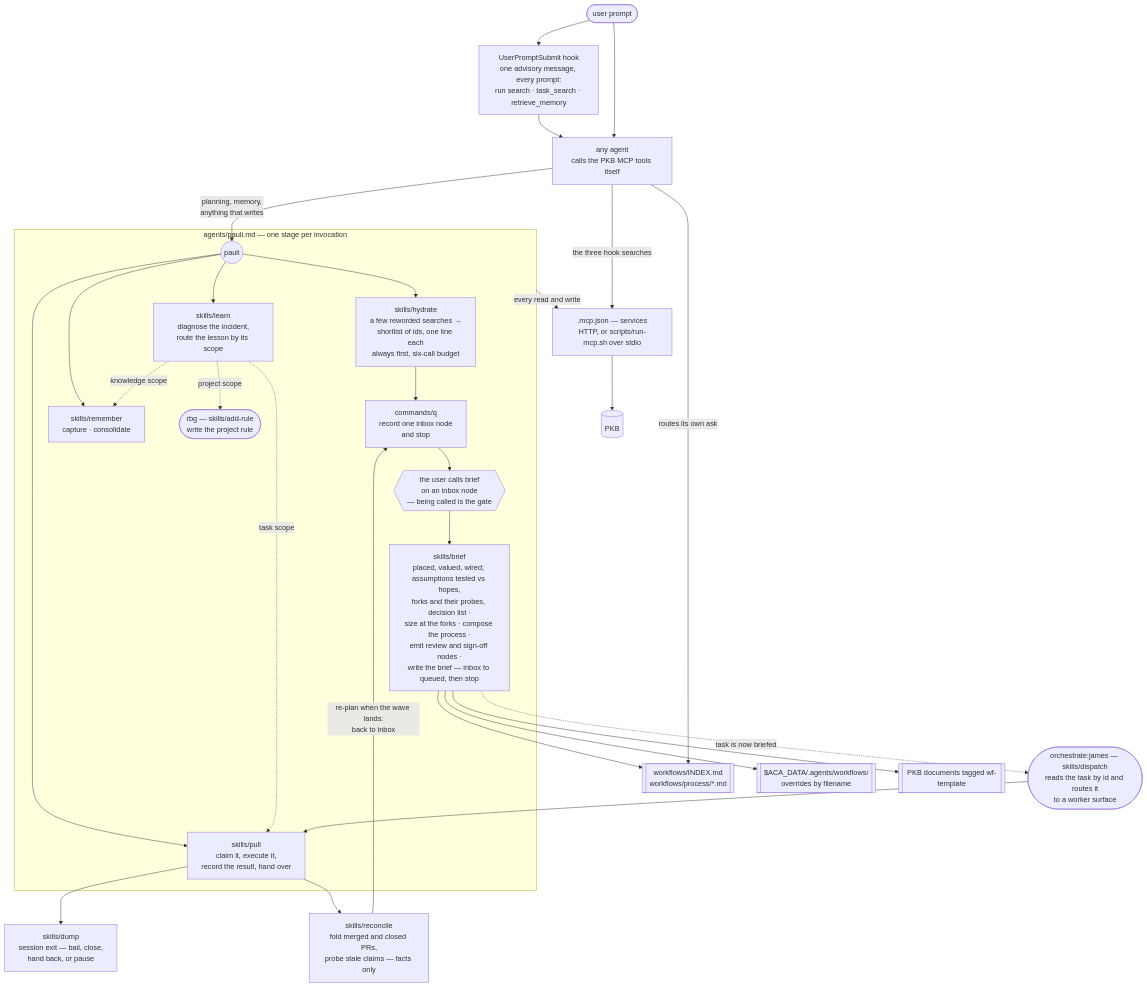
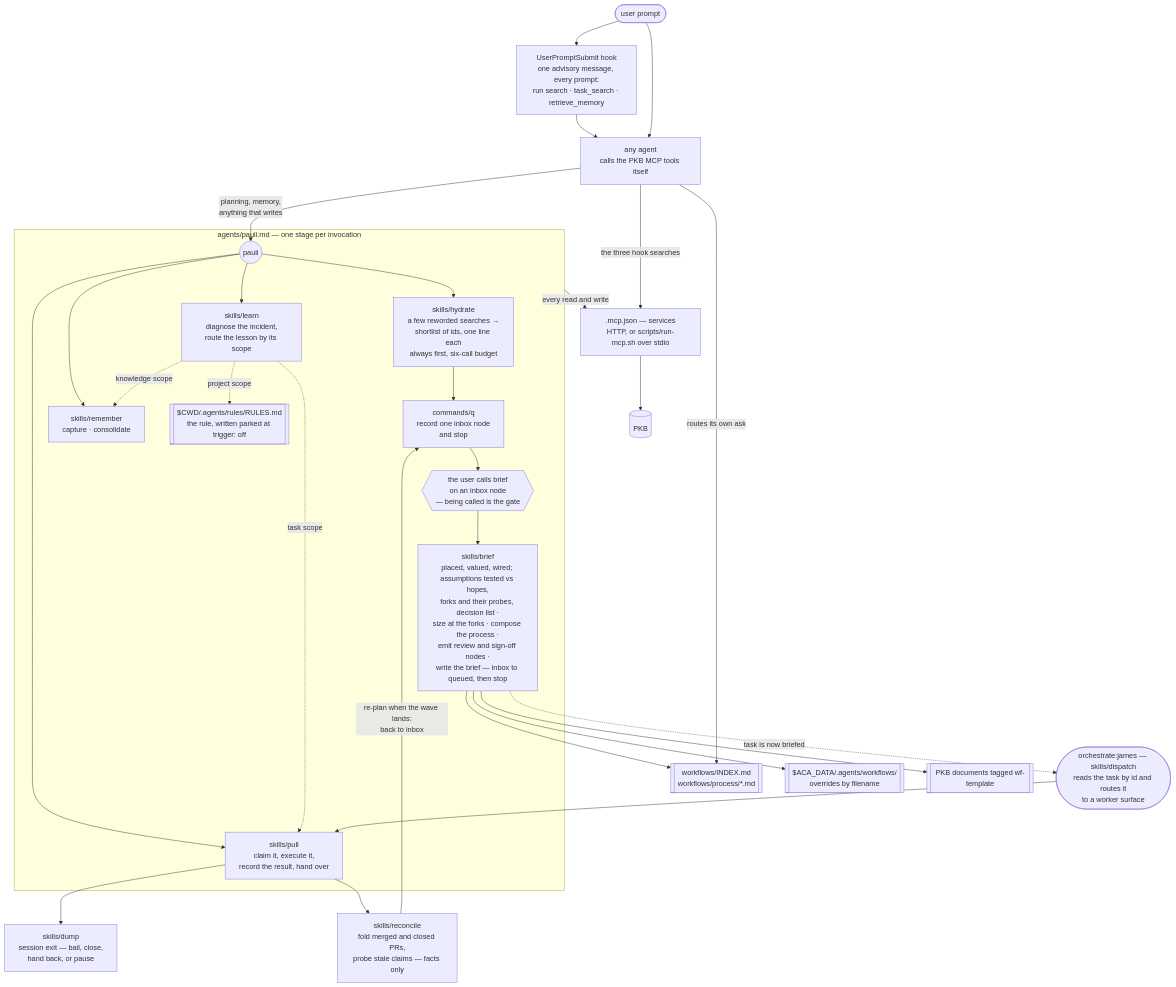
The diagram in plugins/pkb/README.md (nicsuzor/academicOps), drawn with Mermaid before and after one commit. The commit also changed 6 other files, not shown here.

````diff
--- a/plugins/pkb/README.md
+++ b/plugins/pkb/README.md
@@ -8,44 +8,44 @@
 ```mermaid
 flowchart TD
     prompt([user prompt]) --> hook
 
     hook["UserPromptSubmit hook<br/>one advisory message, every prompt:<br/>run search · task_search · retrieve_memory"]
     hook --> agent
     prompt --> agent["any agent<br/>calls the PKB MCP tools itself"]
 
     agent -- "planning, memory,<br/>anything that writes" --> pauli
 
     subgraph pkbwrite["agents/pauli.md — one stage per invocation"]
         pauli(("pauli"))
         pauli --> hydrate["skills/hydrate<br/>a few reworded searches →<br/>shortlist of ids, one line each<br/>always first, six-call budget"]
 
         hydrate --> capture["commands/q<br/>record one inbox node<br/>and stop"]
         capture --> gate{{"the user calls brief<br/>on an inbox node<br/>— being called is the gate"}}
         gate --> brief["skills/brief<br/>placed, valued, wired; assumptions tested vs hopes,<br/>forks and their probes, decision list ·<br/>size at the forks · compose the process ·<br/>emit review and sign-off nodes ·<br/>write the brief — inbox to queued, then stop"]
 
         pauli --> pull["skills/pull<br/>claim it, execute it,<br/>record the result, hand over"]
         pauli --> remember["skills/remember<br/>capture · consolidate"]
         pauli --> learn["skills/learn<br/>diagnose the incident,<br/>route the lesson by its scope"]
 
         learn -. knowledge scope .-> remember
-        learn -. project scope .-> addrule(["rbg — skills/add-rule<br/>write the project rule"])
+        learn -. project scope .-> rules[["$CWD/.agents/rules/RULES.md<br/>the rule, written parked at trigger: off"]]
         learn -. task scope .-> pull
     end
 
     pull --> dump["skills/dump<br/>session exit — bail, close,<br/>hand back, or pause"]
     pull --> reconcile["skills/reconcile<br/>fold merged and closed PRs,<br/>probe stale claims — facts only"]
     reconcile -- "re-plan when the wave lands:<br/>back to inbox" --> capture
 
     brief --> library[["workflows/INDEX.md<br/>workflows/process/*.md"]]
     brief --> userlayer[["$ACA_DATA/.agents/workflows/<br/>overrides by filename"]]
     brief --> wftemplates[["PKB documents tagged wf-template"]]
     agent -- "routes its own ask" --> library
 
     pkbwrite -- "every read and write" --> mcp
     agent -- "the three hook searches" --> mcp
 
     mcp[".mcp.json — services<br/>HTTP, or scripts/run-mcp.sh over stdio"] --> pkbstore[(PKB)]
 
     brief -. "task is now briefed" .-> dispatch(["orchestrate:james — skills/dispatch<br/>reads the task by id and routes it<br/>to a worker surface"])
     dispatch --> pull
 ```
````
